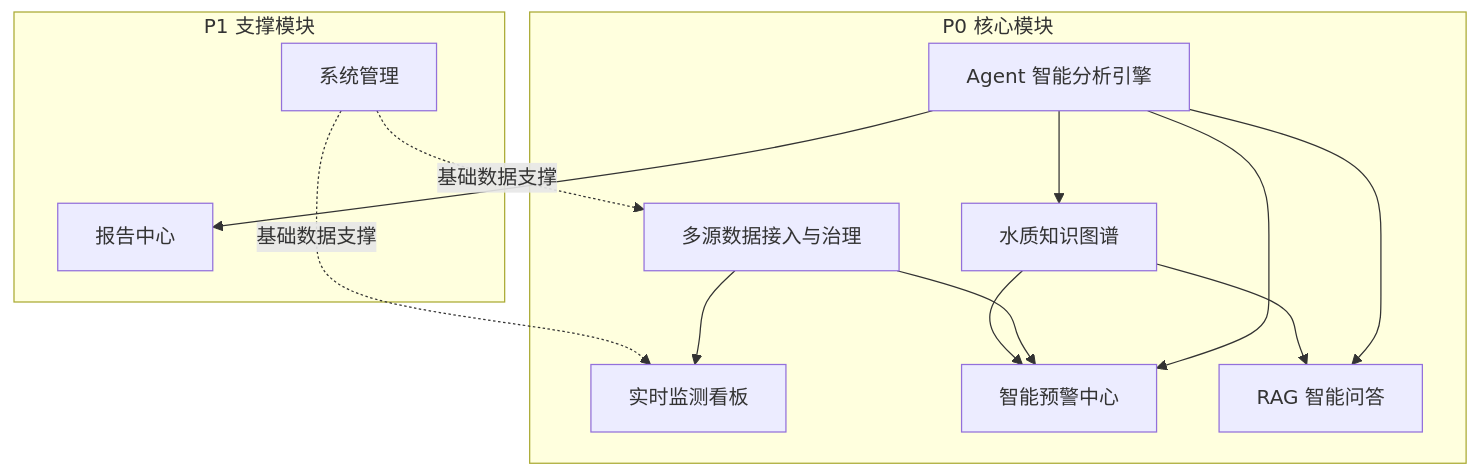
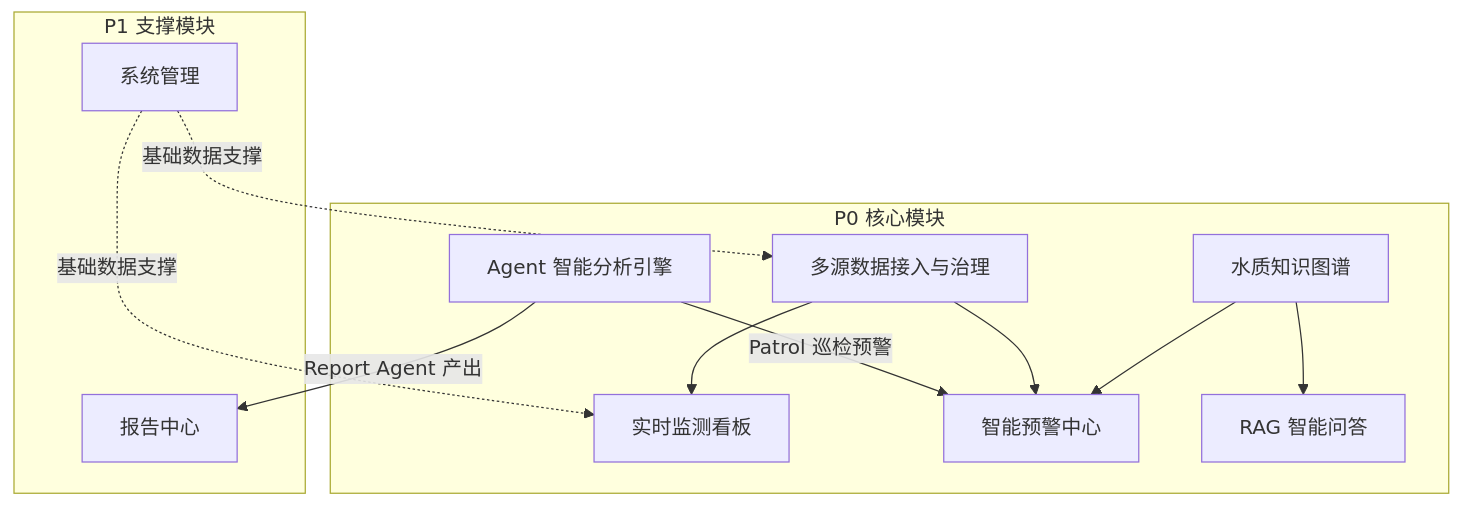
Before and after one commit to ddll8023/water_agent: the diagram in doc/水库水质智慧监测平台_前端驱动功能模块与接口设计.md, drawn with Mermaid. The commit also changed other lines of this file and 23 other files, not shown here.

First line of the commit message:
feat: add agent task management API and report center views

````diff
--- a/doc/水库水质智慧监测平台_前端驱动功能模块与接口设计.md
+++ b/doc/水库水质智慧监测平台_前端驱动功能模块与接口设计.md
@@ -9,27 +9,25 @@
 ```mermaid
 graph TB
     subgraph P0 核心模块
         M1[多源数据接入与治理]
         M2[实时监测看板]
         M3[智能预警中心]
         M4[RAG 智能问答]
         M5[水质知识图谱]
         M6[Agent 智能分析引擎]
     end
 
     subgraph P1 支撑模块
         M7[报告中心]
         M8[系统管理]
     end
 
-    M6 --> M3
-    M6 --> M4
-    M6 --> M5
-    M6 --> M7
+    M6 -->|Patrol 巡检预警| M3
+    M6 -->|Report Agent 产出| M7
     M1 --> M2
     M1 --> M3
     M5 --> M3
     M5 --> M4
     M8 -.->|基础数据支撑| M1
     M8 -.->|基础数据支撑| M2
 ```
````
